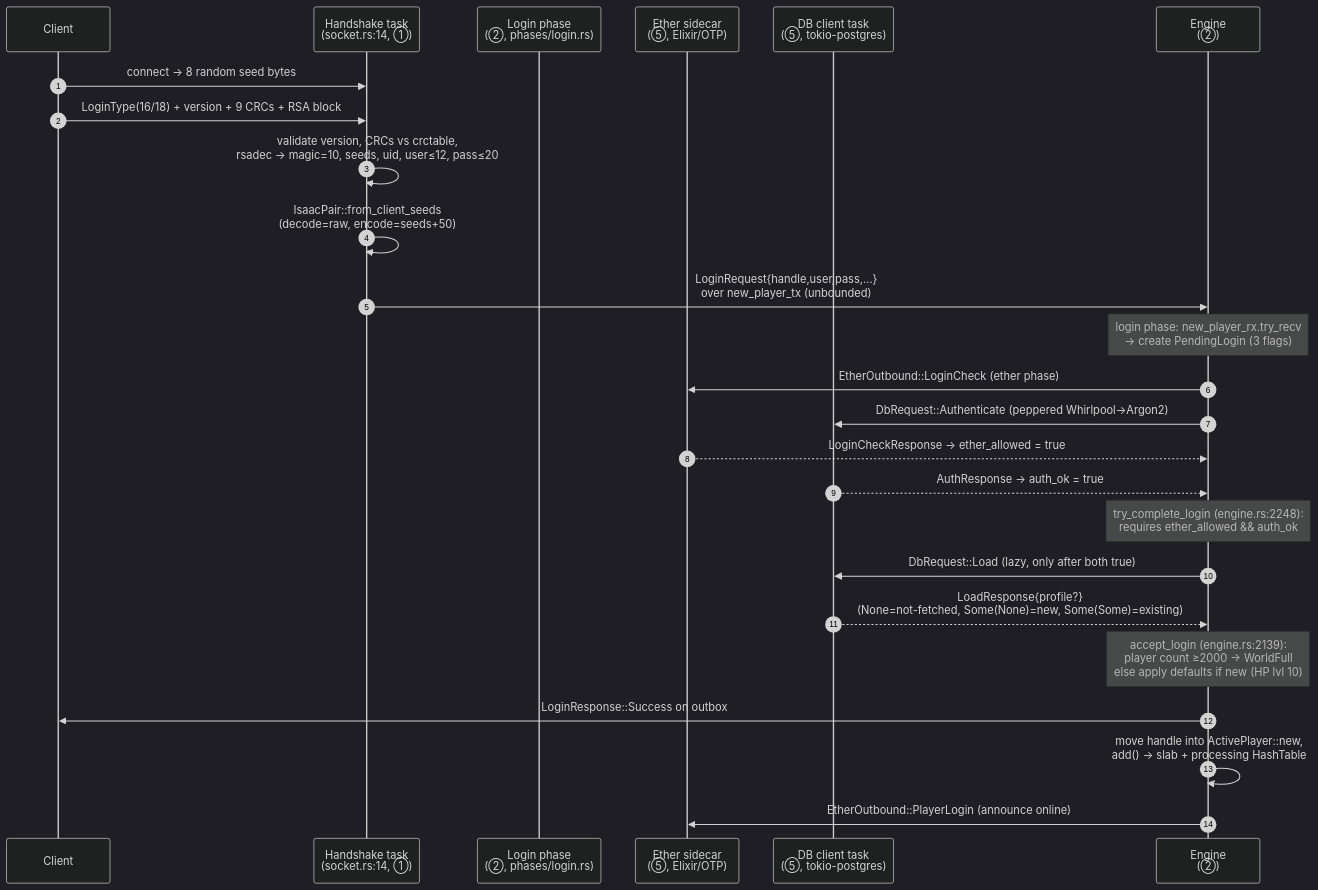
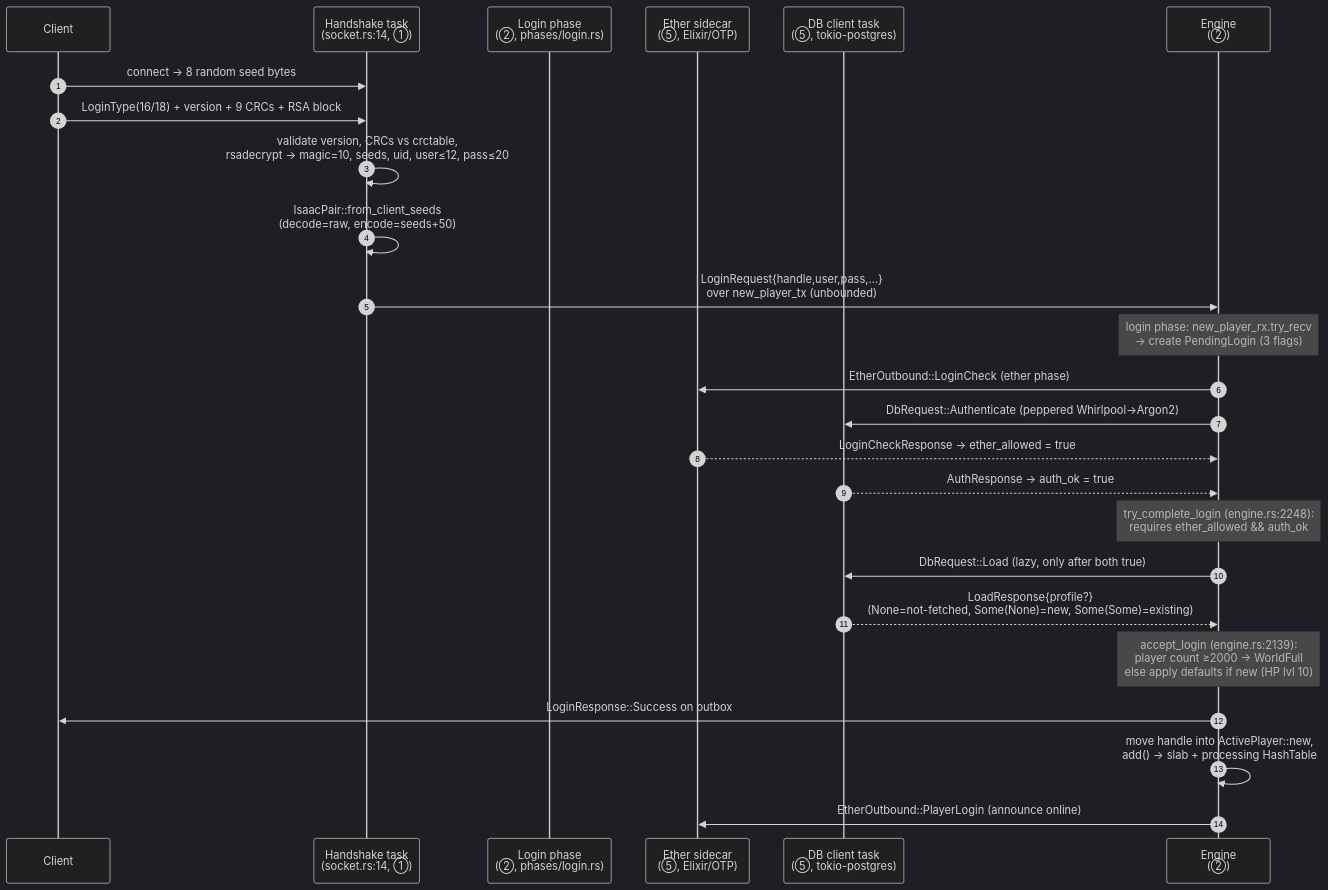
Before and after one commit to RustCityRS/rs-majula: the fourth of 13 diagrams in rs-engine/docs/part-02-architecture-and-the-tick.md, drawn with Mermaid (dark theme). The commit also changed other lines of this file and 288 other files, not shown here.

````diff
--- a/rs-engine/docs/part-02-architecture-and-the-tick.md
+++ b/rs-engine/docs/part-02-architecture-and-the-tick.md
@@ -380,28 +380,28 @@
 ```mermaid
 sequenceDiagram
     autonumber
     participant C as Client
     participant HS as Handshake task<br/>(socket.rs:14, ①)
     participant LOGIN as Login phase<br/>(②, phases/login.rs)
     participant ETH as Ether sidecar<br/>(⑤, Elixir/OTP)
     participant DB as DB client task<br/>(⑤, tokio-postgres)
     participant ENG as Engine<br/>(②)
 
     C->>HS: connect → 8 random seed bytes
     C->>HS: LoginType(16/18) + version + 9 CRCs + RSA block
-    HS->>HS: validate version, CRCs vs crctable,<br/>rsadec → magic=10, seeds, uid, user≤12, pass≤20
+    HS->>HS: validate version, CRCs vs crctable,<br/>rsadecrypt → magic=10, seeds, uid, user≤12, pass≤20
     HS->>HS: IsaacPair::from_client_seeds<br/>(decode=raw, encode=seeds+50)
     HS->>ENG: LoginRequest{handle,user,pass,…}<br/>over new_player_tx (unbounded)
     Note over ENG: login phase: new_player_rx.try_recv<br/>→ create PendingLogin (3 flags)
     ENG->>ETH: EtherOutbound::LoginCheck (ether phase)
     ENG->>DB: DbRequest::Authenticate (peppered Whirlpool→Argon2)
     ETH-->>ENG: LoginCheckResponse → ether_allowed = true
     DB-->>ENG: AuthResponse → auth_ok = true
     Note over ENG: try_complete_login (engine.rs:2248):<br/>requires ether_allowed && auth_ok
     ENG->>DB: DbRequest::Load (lazy, only after both true)
     DB-->>ENG: LoadResponse{profile?}<br/>(None=not-fetched, Some(None)=new, Some(Some)=existing)
     Note over ENG: accept_login (engine.rs:2139):<br/>player count ≥2000 → WorldFull<br/>else apply defaults if new (HP lvl 10)
     ENG->>C: LoginResponse::Success on outbox
     ENG->>ENG: move handle into ActivePlayer::new,<br/>add() → slab + processing HashTable
     ENG->>ETH: EtherOutbound::PlayerLogin (announce online)
 ```
````
